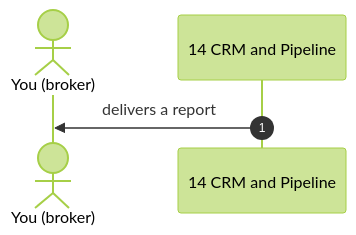
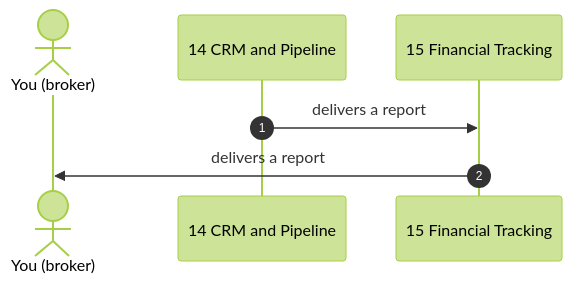
Diagram 19 of 25 in docs/PLAY-BY-PLAY.md (QuietFireAI/listing-assistants), drawn with Mermaid (forest theme) before and after one commit. The commit also changed other lines of this file and 66 other files, not shown here.

````diff
--- a/docs/PLAY-BY-PLAY.md
+++ b/docs/PLAY-BY-PLAY.md
@@ -931,7 +963,9 @@
 ```mermaid
 sequenceDiagram
     autonumber
     actor B as You (broker)
     participant A14 as 14 CRM and Pipeline
-    A14->>B: delivers a report
+    participant A15 as 15 Financial Tracking
+    A14->>A15: delivers a report
+    A15->>B: delivers a report
 ```
````
